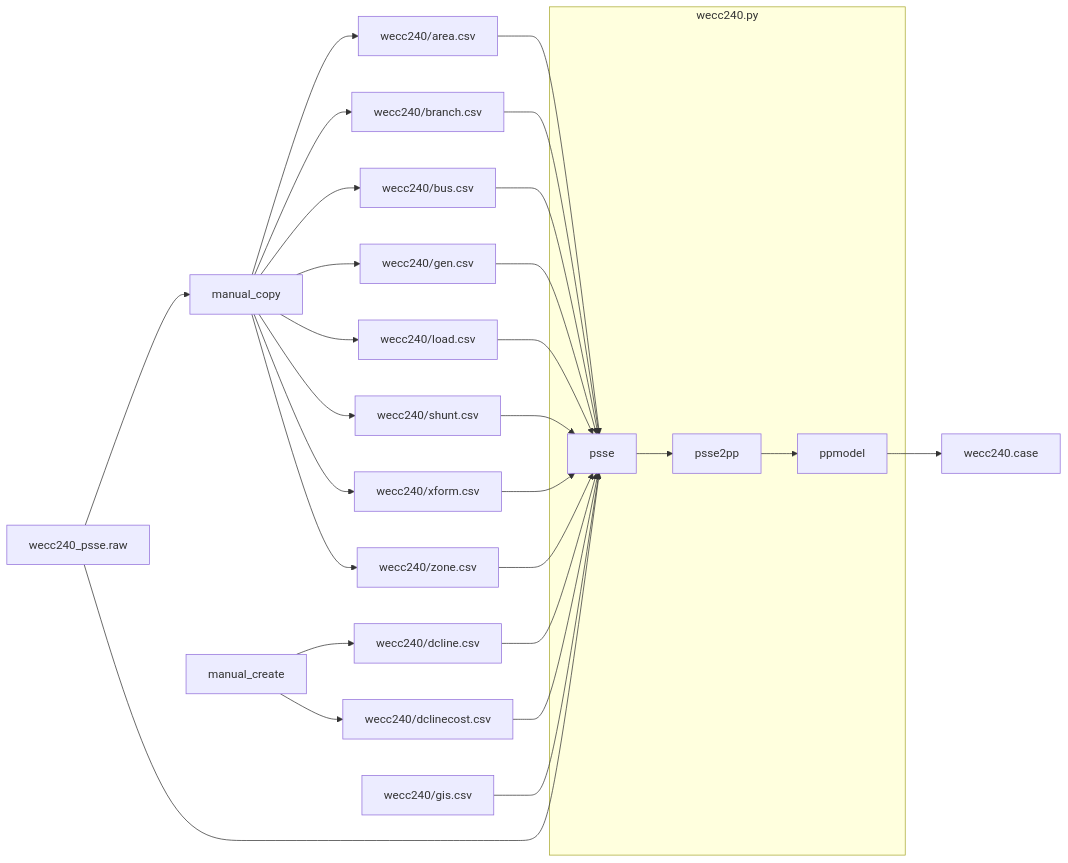
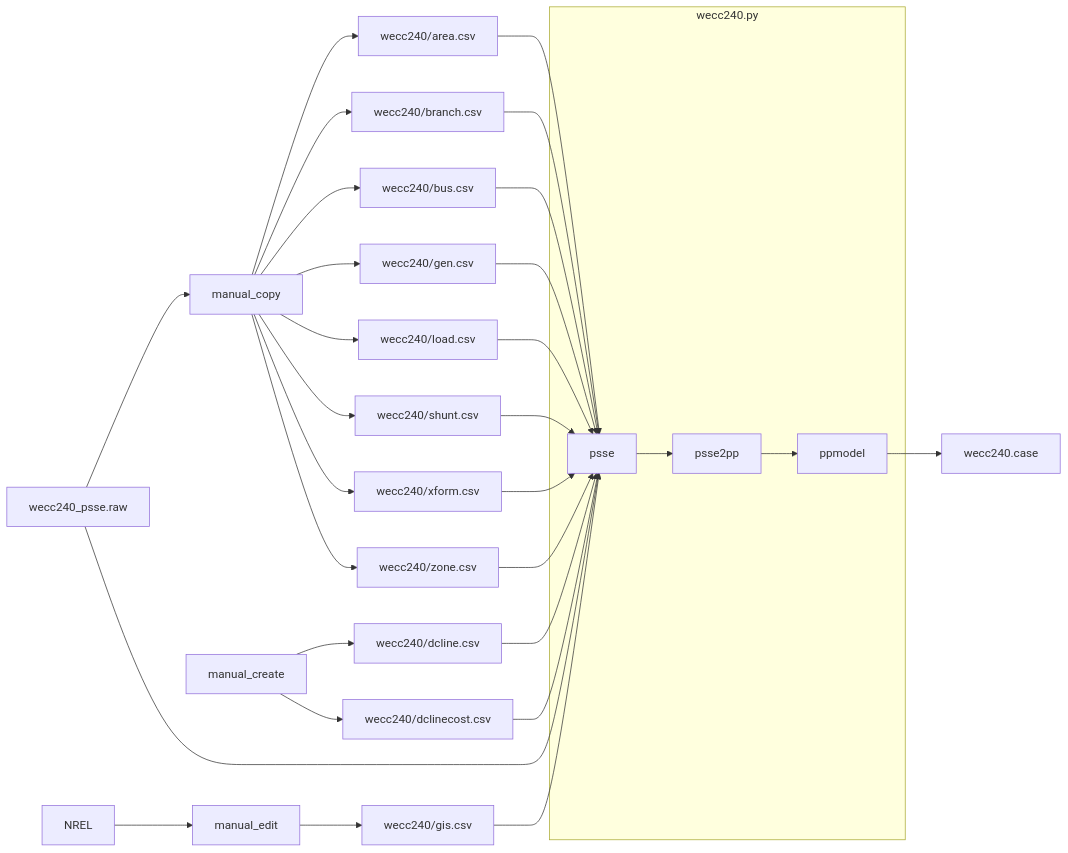
One commit to slacgismo/regrow changed the second of 5 diagrams in pypower/README.md. Above: the diagram before and after it, drawn with Mermaid.

````diff
--- a/pypower/README.md
+++ b/pypower/README.md
@@ -75,36 +75,39 @@
 ```mermaid
 flowchart LR
     wecc240_psse.raw --> manual_copy
     wecc240_psse.raw --> psse
     
     manual_copy --> wecc240/area.csv
     manual_copy --> wecc240/branch.csv
     manual_copy --> wecc240/bus.csv
     manual_copy --> wecc240/gen.csv
     manual_copy --> wecc240/load.csv
     manual_copy --> wecc240/shunt.csv
     manual_copy --> wecc240/xform.csv
     manual_copy --> wecc240/zone.csv
 
     manual_create --> wecc240/dcline.csv
     manual_create --> wecc240/dclinecost.csv
+
+    NREL --> manual_edit
+    manual_edit --> wecc240/gis.csv
     
     wecc240/area.csv --> psse
     wecc240/branch.csv --> psse
     wecc240/bus.csv --> psse
     wecc240/dcline.csv --> psse
     wecc240/dclinecost.csv --> psse
     wecc240/gen.csv --> psse
     wecc240/gis.csv --> psse
     wecc240/load.csv --> psse
     wecc240/shunt.csv --> psse
     wecc240/xform.csv --> psse
     wecc240/zone.csv --> psse
     
     subgraph wecc240.py
         psse --> psse2pp
         psse2pp --> ppmodel
     end
 
     ppmodel --> wecc240.case
 ```
````
